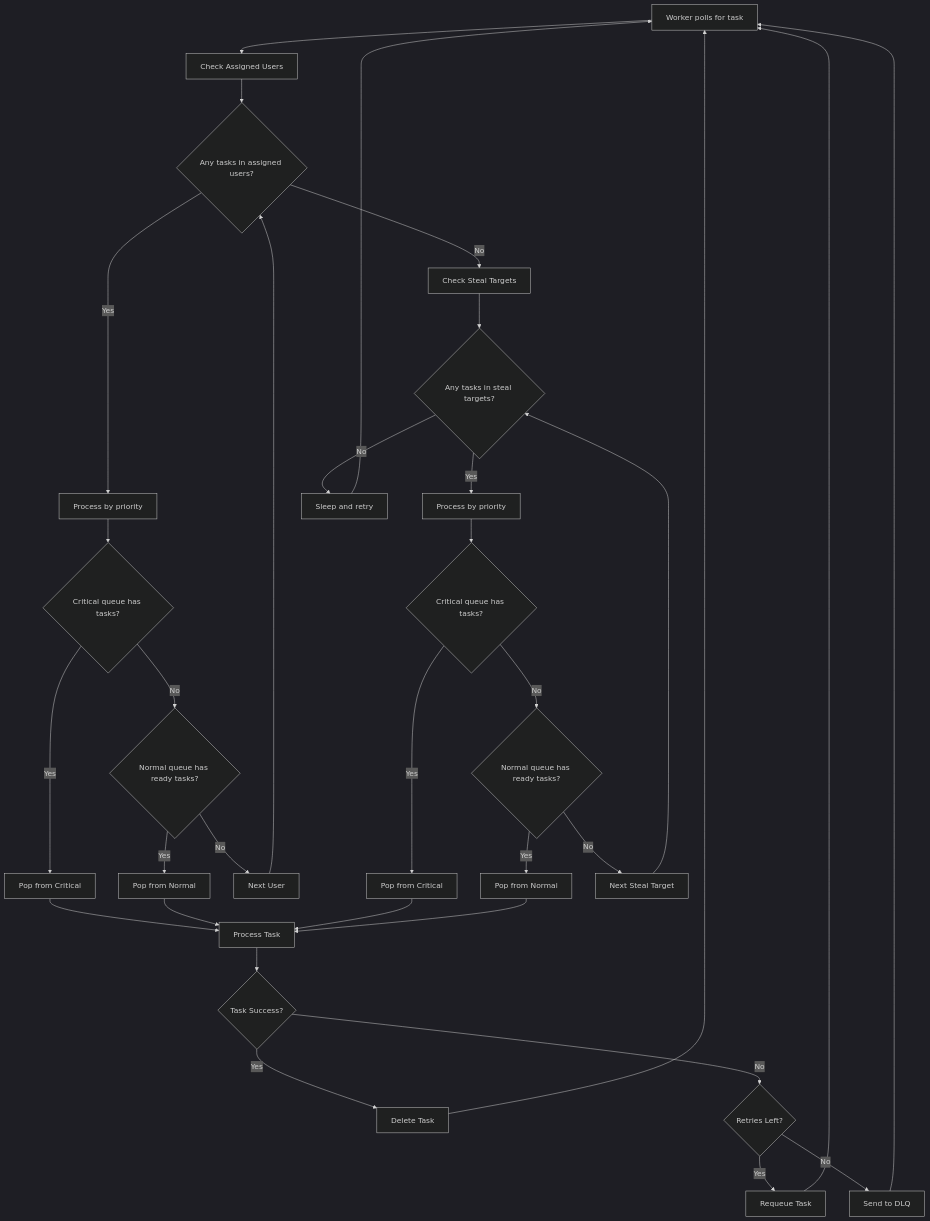
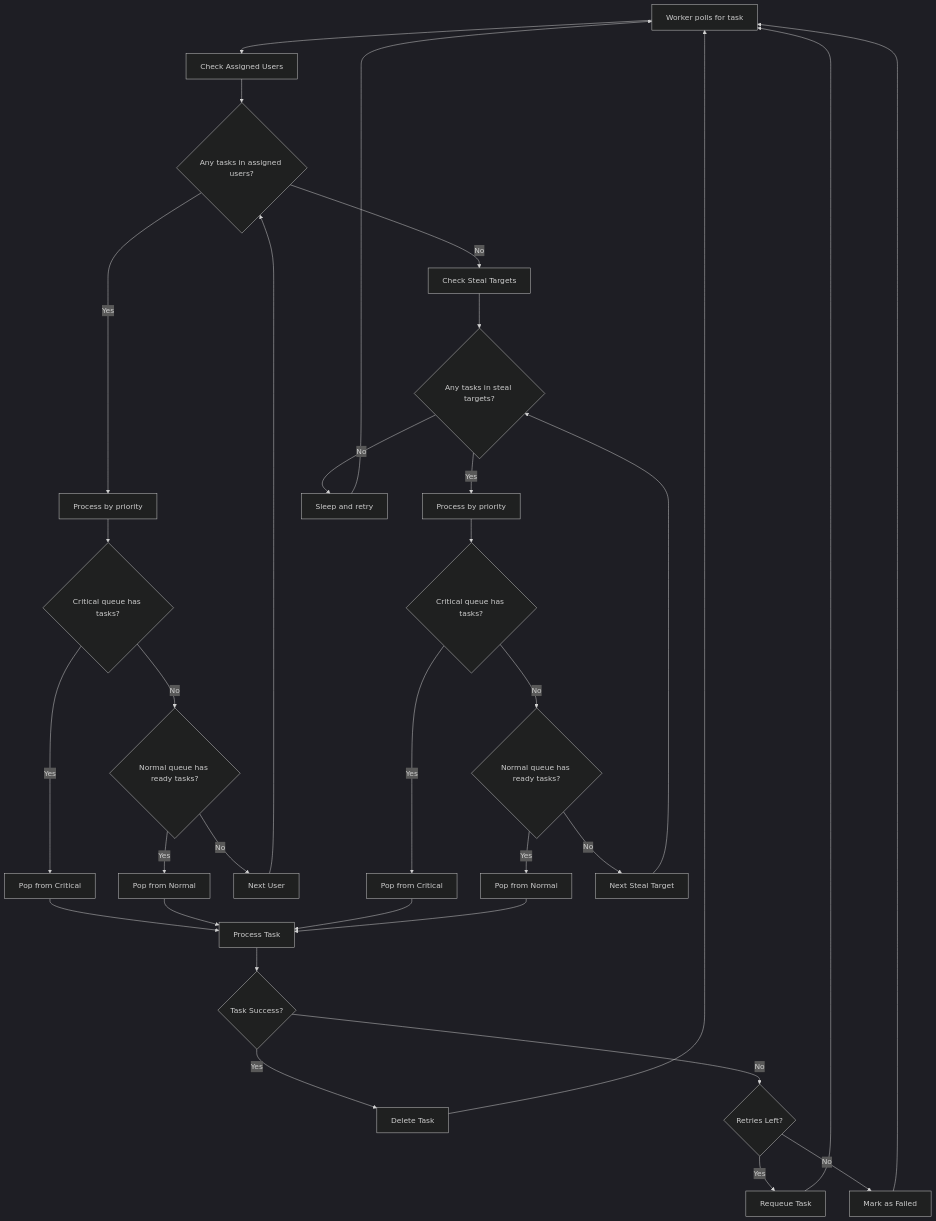
One commit to premana/fairque changed the seventh of 14 diagrams in docs/worker-sequence.md. Above: the diagram before and after it, drawn with Mermaid (dark theme). The commit also changed other lines of this file and 4 other files, not shown here.

````diff
--- a/docs/worker-sequence.md
+++ b/docs/worker-sequence.md
@@ -294,42 +294,42 @@
 ```mermaid
 graph TD
     Start[Worker polls for task] --> AU[Check Assigned Users]
     AU --> AUE{Any tasks in assigned users?}
     
     AUE -->|Yes| PRT[Process by priority]
     AUE -->|No| ST[Check Steal Targets]
     
     PRT --> CR{Critical queue has tasks?}
     CR -->|Yes| PC[Pop from Critical]
     CR -->|No| NR{Normal queue has ready tasks?}
     NR -->|Yes| PN[Pop from Normal]
     NR -->|No| NU[Next User]
     NU --> AUE
     
     ST --> STE{Any tasks in steal targets?}
     STE -->|Yes| PRT2[Process by priority]
     STE -->|No| Sleep[Sleep and retry]
     
     PRT2 --> CR2{Critical queue has tasks?}
     CR2 -->|Yes| PC2[Pop from Critical]
     CR2 -->|No| NR2{Normal queue has ready tasks?}
     NR2 -->|Yes| PN2[Pop from Normal]
     NR2 -->|No| NU2[Next Steal Target]
     NU2 --> STE
     
     PC --> Process[Process Task]
     PN --> Process
     PC2 --> Process
     PN2 --> Process
     Sleep --> Start
     
     Process --> Success{Task Success?}
     Success -->|Yes| Delete[Delete Task]
     Success -->|No| Retry{Retries Left?}
     Retry -->|Yes| Requeue[Requeue Task]
-    Retry -->|No| DLQ[Send to DLQ]
+    Retry -->|No| FAIL[Mark as Failed]
     
     Delete --> Start
     Requeue --> Start
-    DLQ --> Start
+    FAIL --> Start
 ```
````
